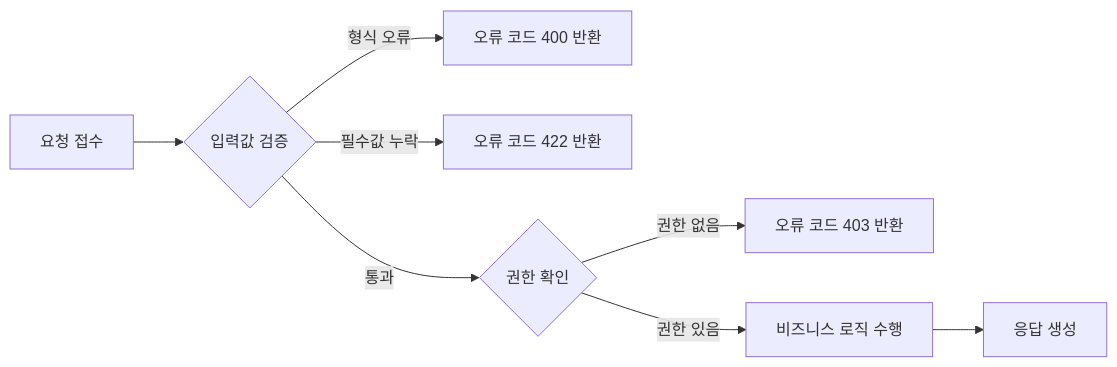
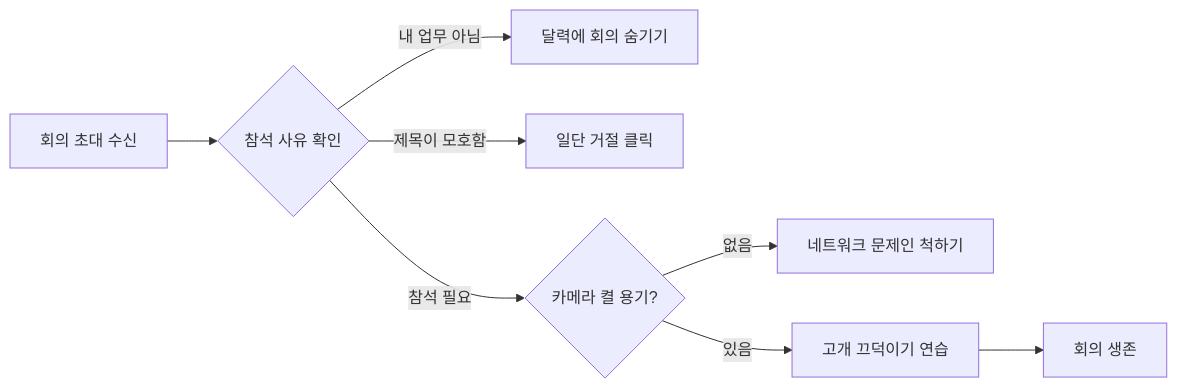
Before and after one commit to kimpro82/MyWebPractice: the third of 6 diagrams in Mermaid/README.md, drawn with Mermaid. The commit also changed other lines of this file and 6 other files, not shown here.

Commit message:
Mermaid: Update flowcharts with new scenarios and improve node descriptions

````diff
--- a/Mermaid/README.md
+++ b/Mermaid/README.md
@@ -90,10 +90,10 @@
 ```mermaid
 flowchart LR
-    A[요청 접수] --> B{입력값 검증}
-    B -->|형식 오류| C[오류 코드 400 반환]
-    B -->|필수값 누락| D[오류 코드 422 반환]
-    B -->|통과| E{권한 확인}
-    E -->|권한 없음| F[오류 코드 403 반환]
-    E -->|권한 있음| G[비즈니스 로직 수행]
-    G --> H[응답 생성]
+    A[회의 초대 수신] --> B{참석 사유 확인}
+    B -->|내 업무 아님| C[달력에 회의 숨기기]
+    B -->|제목이 모호함| D["일단 거절" 클릭]
+    B -->|참석 필요| E{카메라 켤 용기?}
+    E -->|없음| F[네트워크 문제인 척하기]
+    E -->|있음| G[고개 끄덕이기 연습]
+    G --> H[회의 생존]
 ```
````
